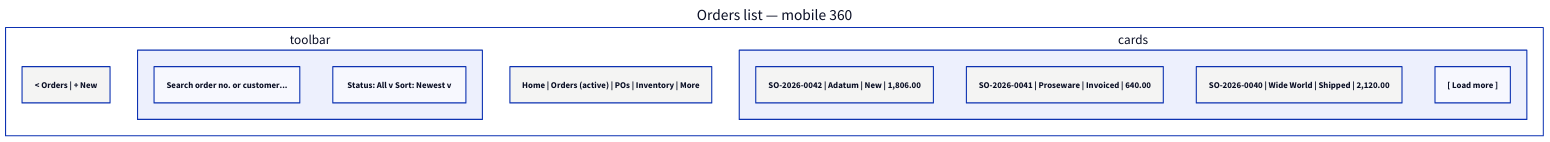
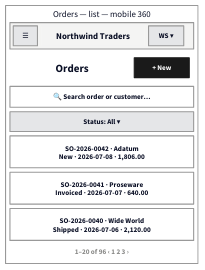
The diagram in docs/07-wireframes/08-orders-list.mobile.d2 (jedt3d/northwind-design), drawn with D2 before and after one commit. The commit also changed 90 other files, not shown here.

Commit message:
design: rebuild wireframes as GUI page frames (vertical zones, desktop/mobile); ELK orthogonal + palette colors for diagrams

```diff
--- a/docs/07-wireframes/08-orders-list.mobile.d2
+++ b/docs/07-wireframes/08-orders-list.mobile.d2
@@ -1,37 +1,52 @@
 # PRD: F5 Orders list (mobile 360)
+# GUI wireframe: one narrow page frame, topbar with hamburger, zones stacked vertically.
 direction: down
 
-screen: {
-  label: "Orders list — mobile 360"
-  style.fill: "#ffffff"
+classes: {
+  frame: {style: {fill: "#ffffff"; stroke: "#999999"; stroke-width: 2; font-size: 16}}
+  plain: {style: {fill: "#ffffff"; stroke: "#ffffff"}}
+  bar: {style: {fill: "#f4f4f3"; stroke: "#999999"}}
+  barlbl: {style: {fill: "#f4f4f3"; stroke: "#f4f4f3"}}
+  slogo: {style: {fill: "#f4f4f3"; stroke: "#f4f4f3"; bold: true; font-size: 16}}
+  nav: {style: {fill: "#f4f4f3"; stroke: "#f4f4f3"; font-size: 14}}
+  navon: {style: {fill: "#1a1a1a"; stroke: "#1a1a1a"; font-color: "#ffffff"; font-size: 14}}
+  h1: {style: {fill: "#ffffff"; stroke: "#ffffff"; bold: true; font-size: 20}}
+  txt: {style: {fill: "#ffffff"; stroke: "#ffffff"; font-size: 13}}
+  muted: {style: {fill: "#ffffff"; stroke: "#ffffff"; font-color: "#8a8a88"; font-size: 13}}
+  zone: {style: {fill: "#ffffff"; stroke: "#999999"; font-size: 13}}
+  field: {style: {fill: "#ffffff"; stroke: "#999999"; font-size: 13}}
+  btn: {style: {fill: "#e5e6e8"; stroke: "#999999"; font-size: 13}}
+  primary: {style: {fill: "#1a1a1a"; stroke: "#1a1a1a"; font-color: "#ffffff"; font-size: 13}}
+  head: {style: {fill: "#e5e6e8"; stroke: "#999999"; bold: true; font-size: 13}}
+  cell: {style: {fill: "#ffffff"; stroke: "#999999"; font-size: 13}}
+}
 
+page: {
+  label: "Orders — list — mobile 360"
+  class: frame
+  grid-columns: 1
+  grid-gap: 8
   topbar: {
-    label: "< Orders | + New"
-    style.fill: "#f4f4f3"
+    label: ""
+    class: bar
+    grid-columns: 3
+    grid-gap: 6
+    menu: {label: "☰"; class: btn; width: 44; height: 36}
+    apptitle: {label: "Northwind Traders"; class: barlbl; width: 190; height: 36}
+    user: {label: "WS ▾"; class: btn; width: 64; height: 36}
   }
-  toolbar: {
-    direction: down
-    search: "Search order no. or customer..."
-    controls: "Status: All v   Sort: Newest v"
+  hdr: {
+    label: ""
+    class: plain
+    grid-columns: 2
+    grid-gap: 8
+    h1: {label: "Orders"; class: h1; width: 210; height: 36}
+    new: {label: "+ New"; class: primary; width: 100; height: 36}
   }
-  cards: {
-    direction: down
-    c1: {
-      label: "SO-2026-0042 | Adatum | New | 1,806.00"
-      style.fill: "#f4f4f3"
-    }
-    c2: {
-      label: "SO-2026-0041 | Proseware | Invoiced | 640.00"
-      style.fill: "#f4f4f3"
-    }
-    c3: {
-      label: "SO-2026-0040 | Wide World | Shipped | 2,120.00"
-      style.fill: "#f4f4f3"
-    }
-    loadmore: "[ Load more ]"
-  }
-  bottomnav: {
-    label: "Home | Orders (active) | POs | Inventory | More"
-    style.fill: "#f4f4f3"
-  }
+  search: {label: "🔍 Search order or customer…"; class: field; width: 320; height: 38}
+  filt: {label: "Status: All ▾"; class: btn; width: 320; height: 36}
+  c1: {label: "SO-2026-0042 · Adatum\nNew · 2026-07-08 · 1,806.00"; class: zone; width: 320; height: 58}
+  c2: {label: "SO-2026-0041 · Proseware\nInvoiced · 2026-07-07 · 640.00"; class: zone; width: 320; height: 58}
+  c3: {label: "SO-2026-0040 · Wide World\nShipped · 2026-07-06 · 2,120.00"; class: zone; width: 320; height: 58}
+  pager: {label: "1–20 of 96   ‹ 1 2 3 ›"; class: muted; width: 320; height: 26}
 }
```
